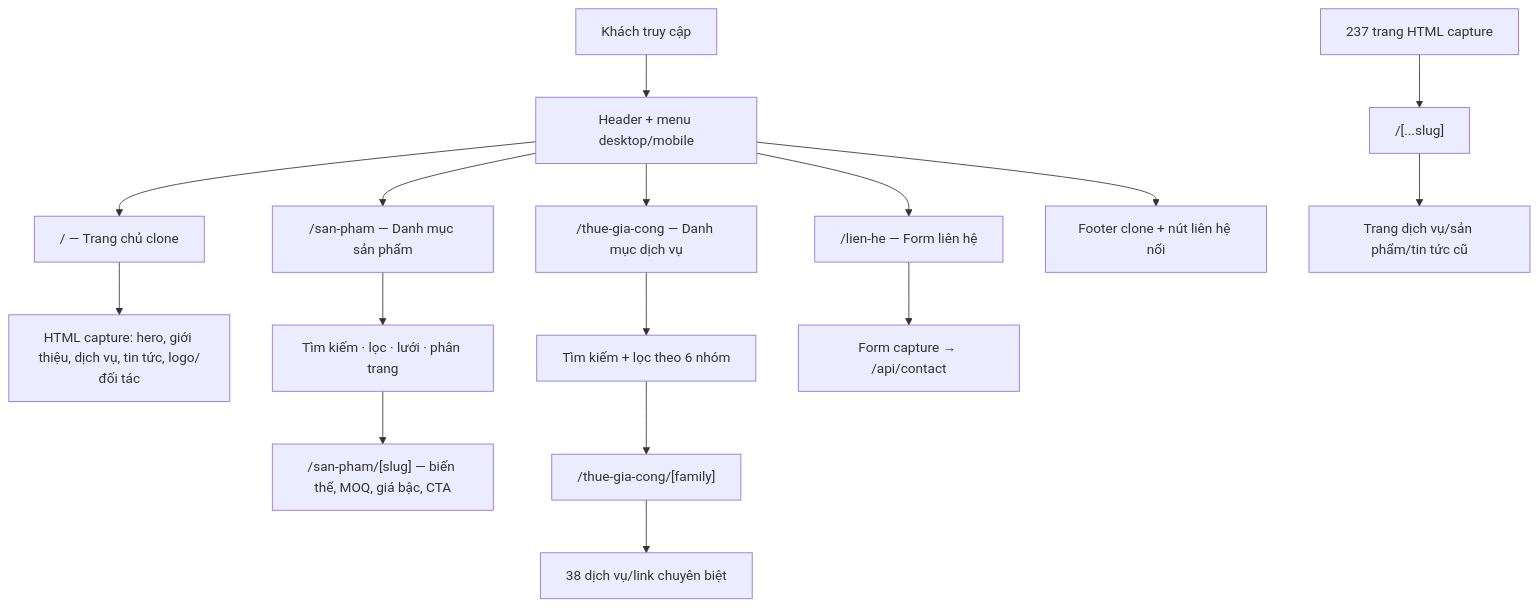
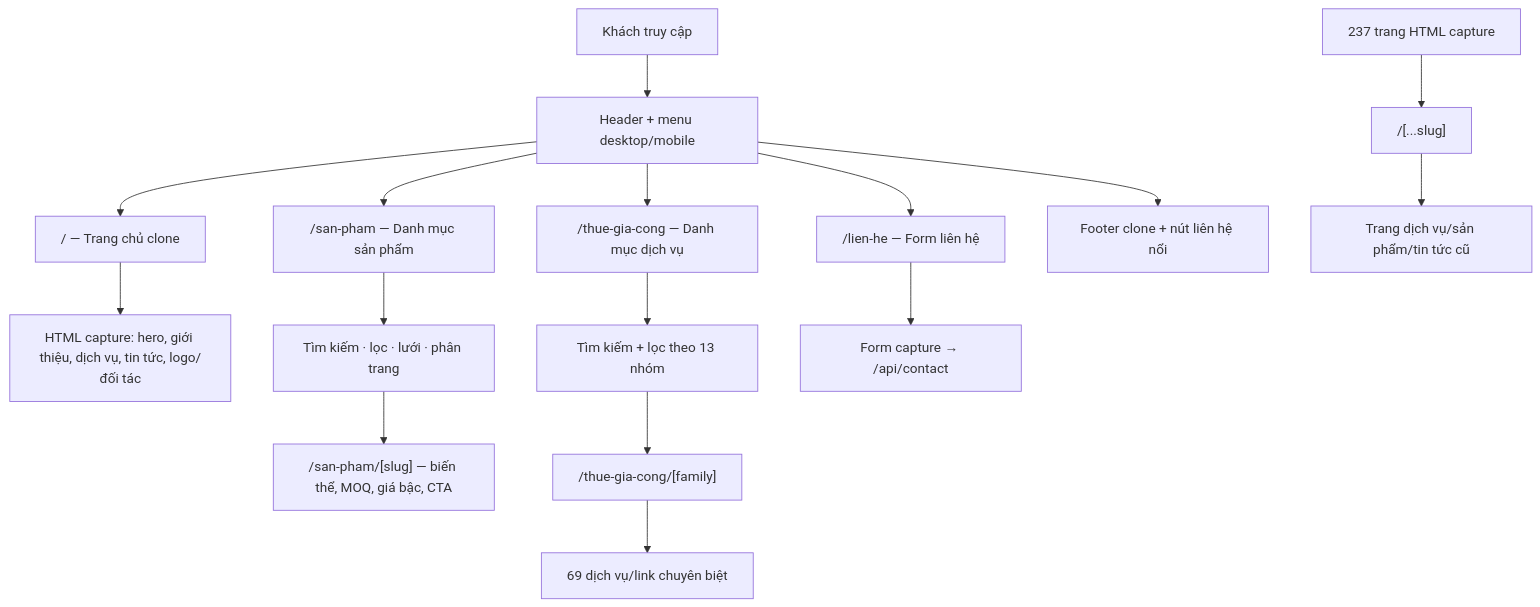
Before and after one commit to hieu-kiien/giacong.vn: the first of 2 diagrams in docs/UI_CURRENT_MAP.md, drawn with Mermaid. The commit also changed other lines of this file and 116 other files, not shown here.

````diff
--- a/docs/UI_CURRENT_MAP.md
+++ b/docs/UI_CURRENT_MAP.md
@@ -5,21 +5,21 @@
 ```mermaid
 flowchart TB
   Visitor["Khách truy cập"] --> Header["Header + menu desktop/mobile"]
   Header --> Home["/ — Trang chủ clone"]
   Header --> Catalog["/san-pham — Danh mục sản phẩm"]
   Header --> Services["/thue-gia-cong — Danh mục dịch vụ"]
   Header --> Contact["/lien-he — Form liên hệ"]
 
   Home --> CapturedHome["HTML capture: hero, giới thiệu, dịch vụ, tin tức, logo/đối tác"]
   Catalog --> ProductList["Tìm kiếm · lọc · lưới · phân trang"]
   ProductList --> ProductDetail["/san-pham/[slug] — biến thể, MOQ, giá bậc, CTA"]
-  Services --> ServiceSearch["Tìm kiếm + lọc theo 6 nhóm"]
+  Services --> ServiceSearch["Tìm kiếm + lọc theo 13 nhóm"]
   ServiceSearch --> Families["/thue-gia-cong/[family]"]
-  Families --> Offerings["38 dịch vụ/link chuyên biệt"]
+  Families --> Offerings["69 dịch vụ/link chuyên biệt"]
   Contact --> ContactForm["Form capture → /api/contact"]
 
   CapturedRoutes["237 trang HTML capture"] --> CatchAll["/[...slug]"]
   CatchAll --> LegacyPages["Trang dịch vụ/sản phẩm/tin tức cũ"]
 
   Header --> Footer["Footer clone + nút liên hệ nổi"]
 ```
````
